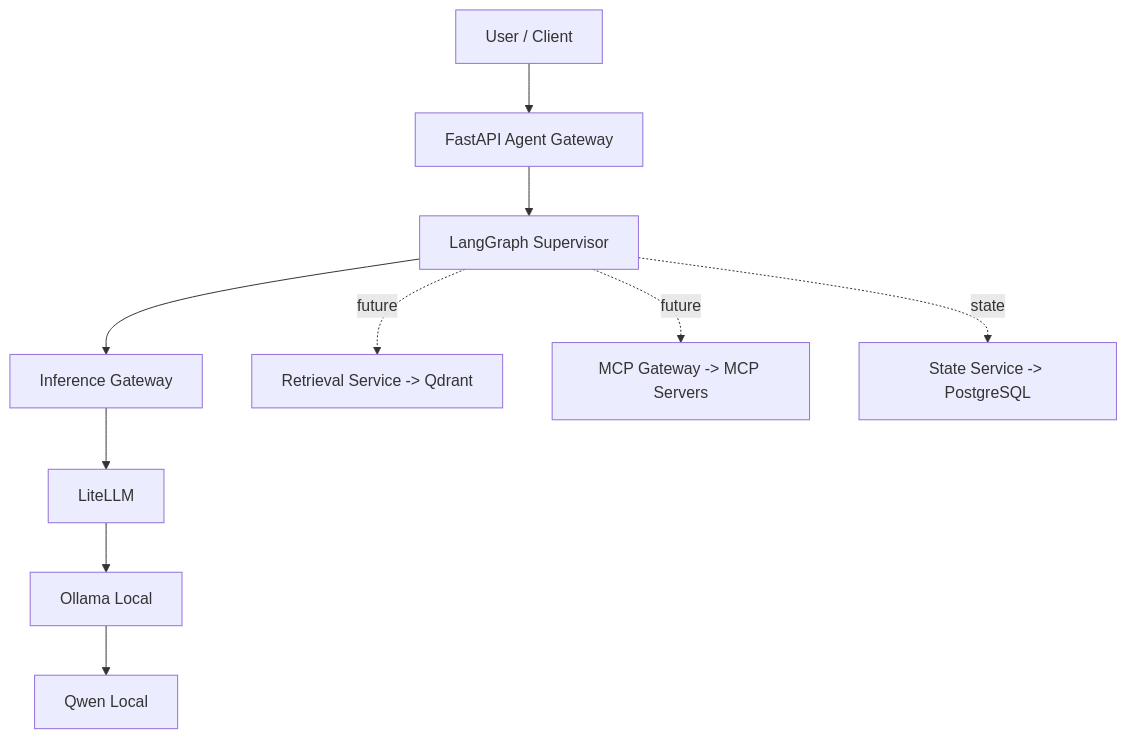
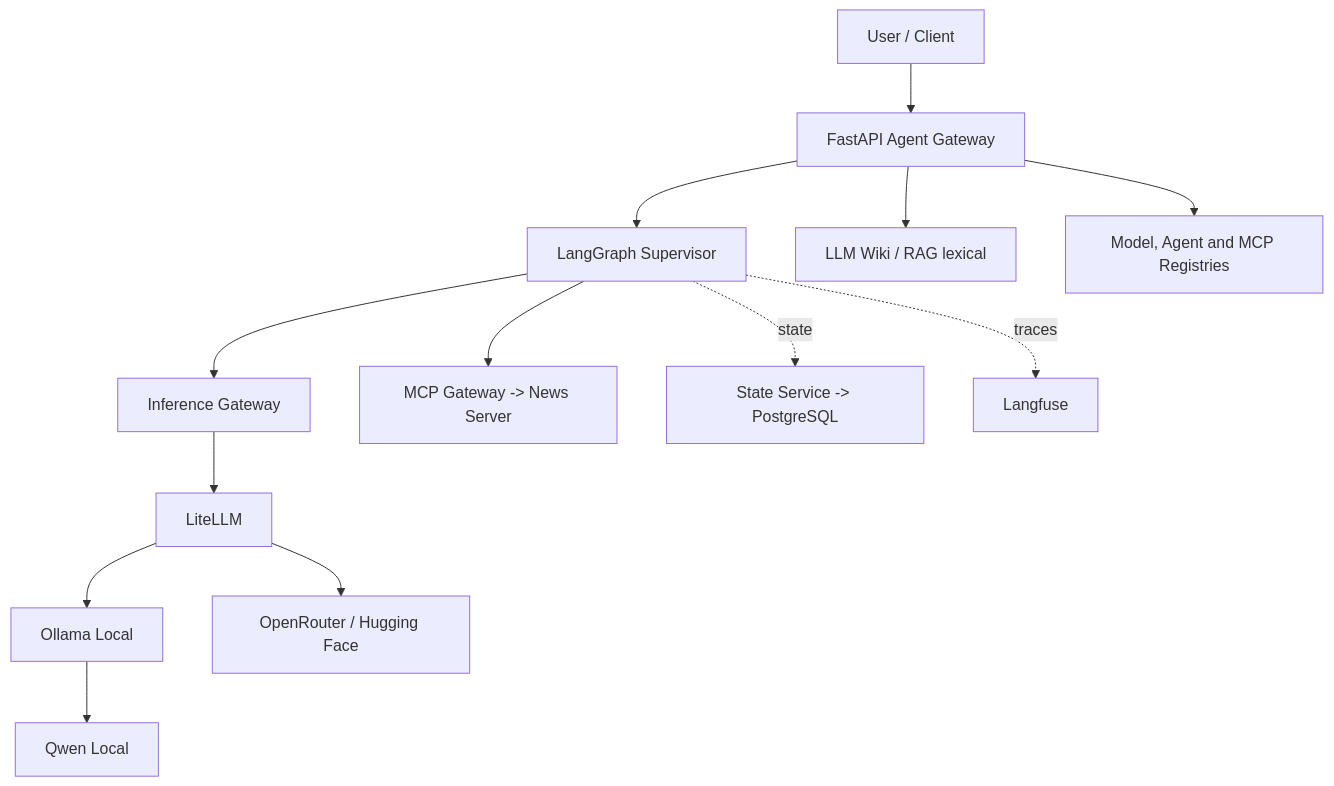
One commit to scurubira/agentic-ai-platform changed the diagram in README.md. Above: the diagram before and after it, drawn with Mermaid. The commit also changed other lines of this file and 1 other file, not shown here.

Commit message:
feat: update configuration files to include agent and MCP inventory paths

````diff
--- a/README.md
+++ b/README.md
@@ -15,12 +15,15 @@
 ```mermaid
 flowchart TD
     U[User / Client] --> API[FastAPI Agent Gateway]
     API --> G[LangGraph Supervisor]
     G --> INF[Inference Gateway]
     INF --> LITELLM[LiteLLM]
     LITELLM --> OLLAMA[Ollama Local]
+    LITELLM --> CLOUD[OpenRouter / Hugging Face]
     OLLAMA --> QWEN[Qwen Local]
-    G -. future .-> RAG[Retrieval Service -> Qdrant]
-    G -. future .-> MCP[MCP Gateway -> MCP Servers]
+    API --> WIKI[LLM Wiki / RAG lexical]
+    API --> REG[Model, Agent and MCP Registries]
+    G --> MCP[MCP Gateway -> News Server]
     G -. state .-> STATE[State Service -> PostgreSQL]
+    G -. traces .-> LF[Langfuse]
 ```
````
